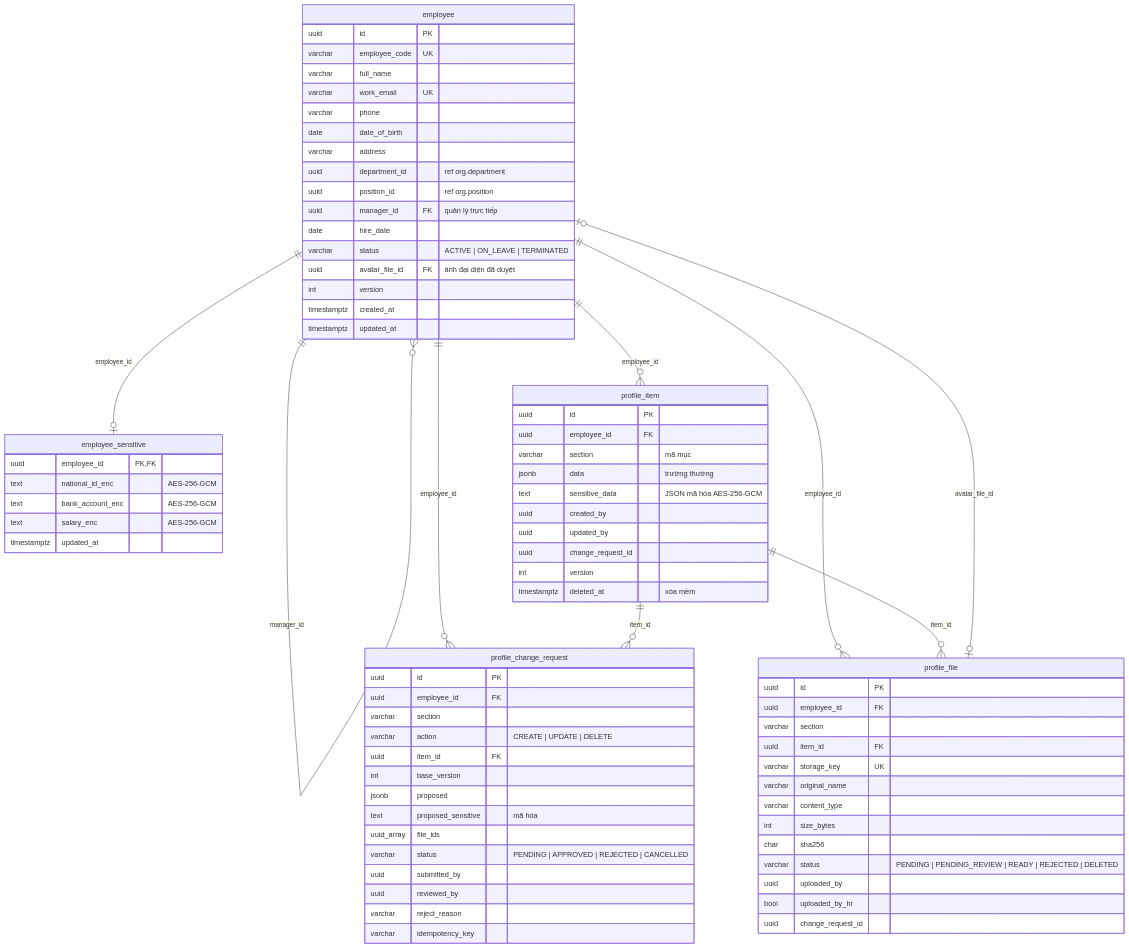
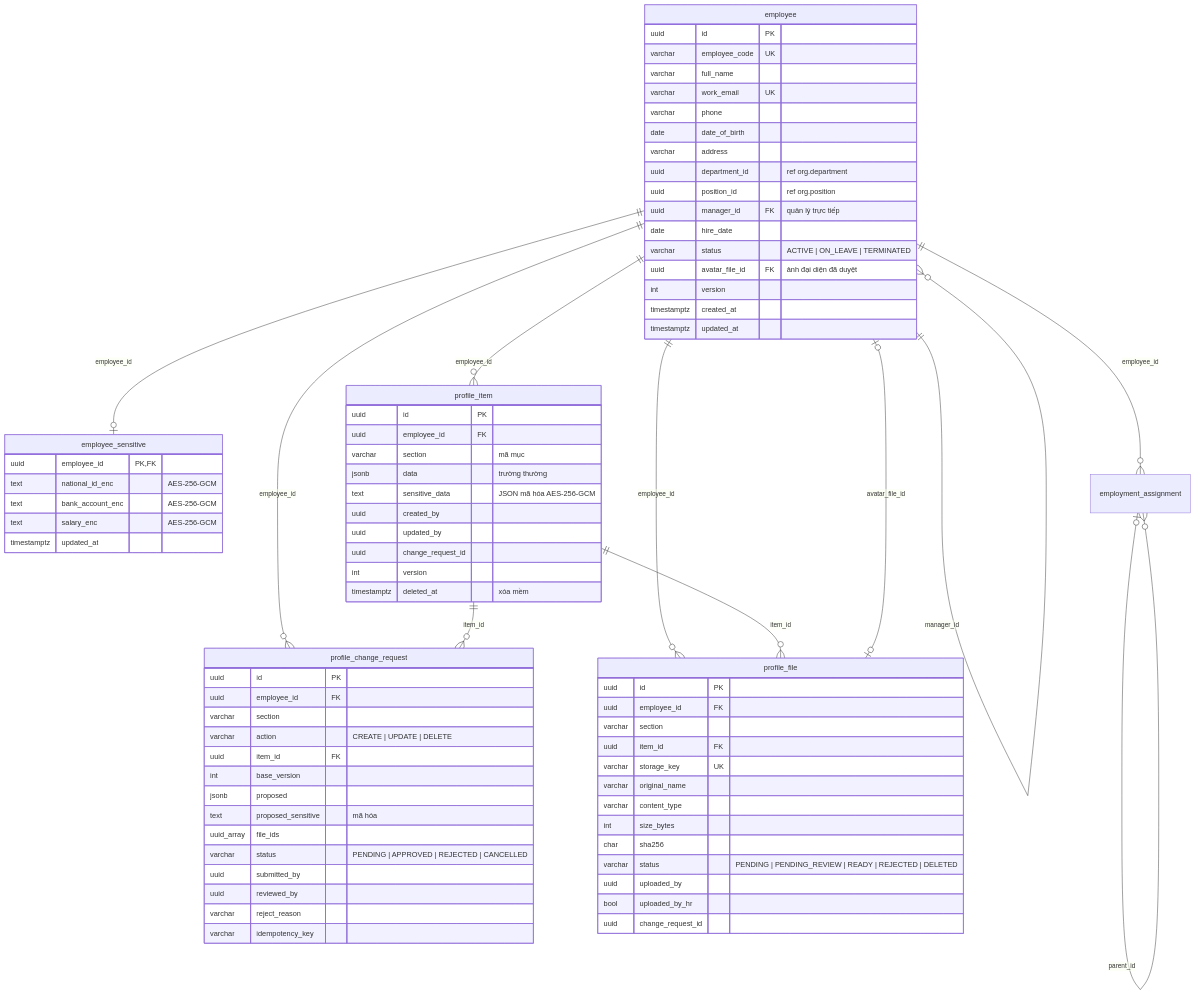
One commit to Acerchicken/HR-Enterprise-Platform changed the fourth of 7 diagrams in docs/architecture/database-schema.md. Above: the diagram before and after it, drawn with Mermaid. The commit also changed other lines of this file and 30 other files, not shown here.

````diff
--- a/docs/architecture/database-schema.md
+++ b/docs/architecture/database-schema.md
@@ -213,79 +209,81 @@
 ```mermaid
 erDiagram
   employee ||--o{ employee : "manager_id"
   employee ||--o| employee_sensitive : "employee_id"
   employee ||--o{ profile_item : "employee_id"
   employee ||--o{ profile_change_request : "employee_id"
   employee ||--o{ profile_file : "employee_id"
   profile_item ||--o{ profile_change_request : "item_id"
   profile_item ||--o{ profile_file : "item_id"
   profile_file |o--o| employee : "avatar_file_id"
+  employee ||--o{ employment_assignment : "employee_id"
+  employment_assignment |o--o{ employment_assignment : "parent_id"
   employee {
     uuid id PK
     varchar employee_code UK
     varchar full_name
     varchar work_email UK
     varchar phone
     date date_of_birth
     varchar address
     uuid department_id "ref org.department"
     uuid position_id "ref org.position"
     uuid manager_id FK "quản lý trực tiếp"
     date hire_date
     varchar status "ACTIVE | ON_LEAVE | TERMINATED"
     uuid avatar_file_id FK "ảnh đại diện đã duyệt"
     int version
     timestamptz created_at
     timestamptz updated_at
   }
   employee_sensitive {
     uuid employee_id PK,FK
     text national_id_enc "AES-256-GCM"
     text bank_account_enc "AES-256-GCM"
     text salary_enc "AES-256-GCM"
     timestamptz updated_at
   }
   profile_item {
     uuid id PK
     uuid employee_id FK
     varchar section "mã mục"
     jsonb data "trường thường"
     text sensitive_data "JSON mã hóa AES-256-GCM"
     uuid created_by
     uuid updated_by
     uuid change_request_id
     int version
     timestamptz deleted_at "xóa mềm"
   }
   profile_change_request {
     uuid id PK
     uuid employee_id FK
     varchar section
     varchar action "CREATE | UPDATE | DELETE"
     uuid item_id FK
     int base_version
     jsonb proposed
     text proposed_sensitive "mã hóa"
     uuid_array file_ids
     varchar status "PENDING | APPROVED | REJECTED | CANCELLED"
     uuid submitted_by
     uuid reviewed_by
     varchar reject_reason
     varchar idempotency_key
   }
   profile_file {
     uuid id PK
     uuid employee_id FK
     varchar section
     uuid item_id FK
     varchar storage_key UK
     varchar original_name
     varchar content_type
     int size_bytes
     char sha256
     varchar status "PENDING | PENDING_REVIEW | READY | REJECTED | DELETED"
     uuid uploaded_by
     bool uploaded_by_hr
     uuid change_request_id
   }
 ```
````
